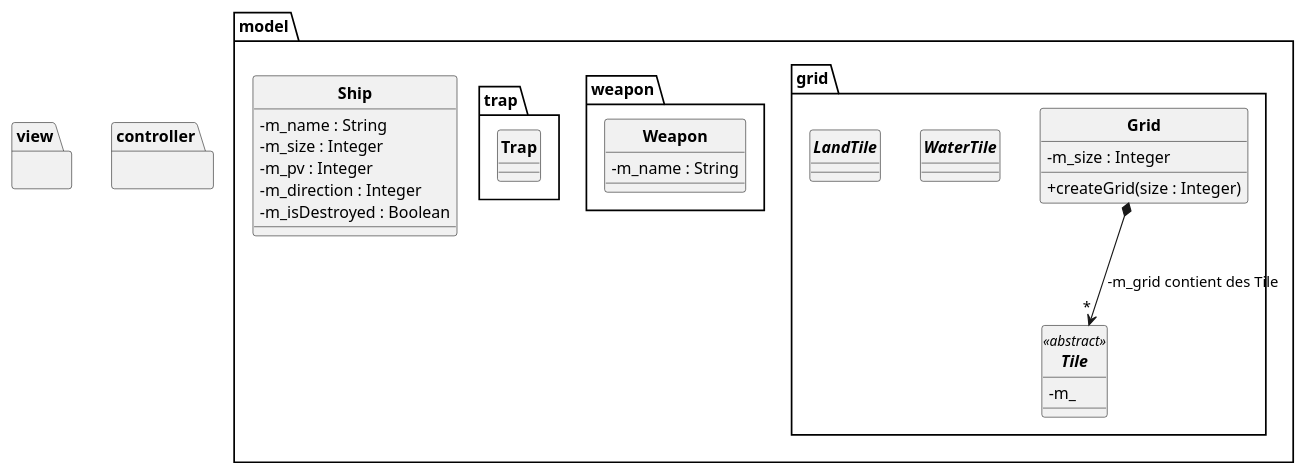
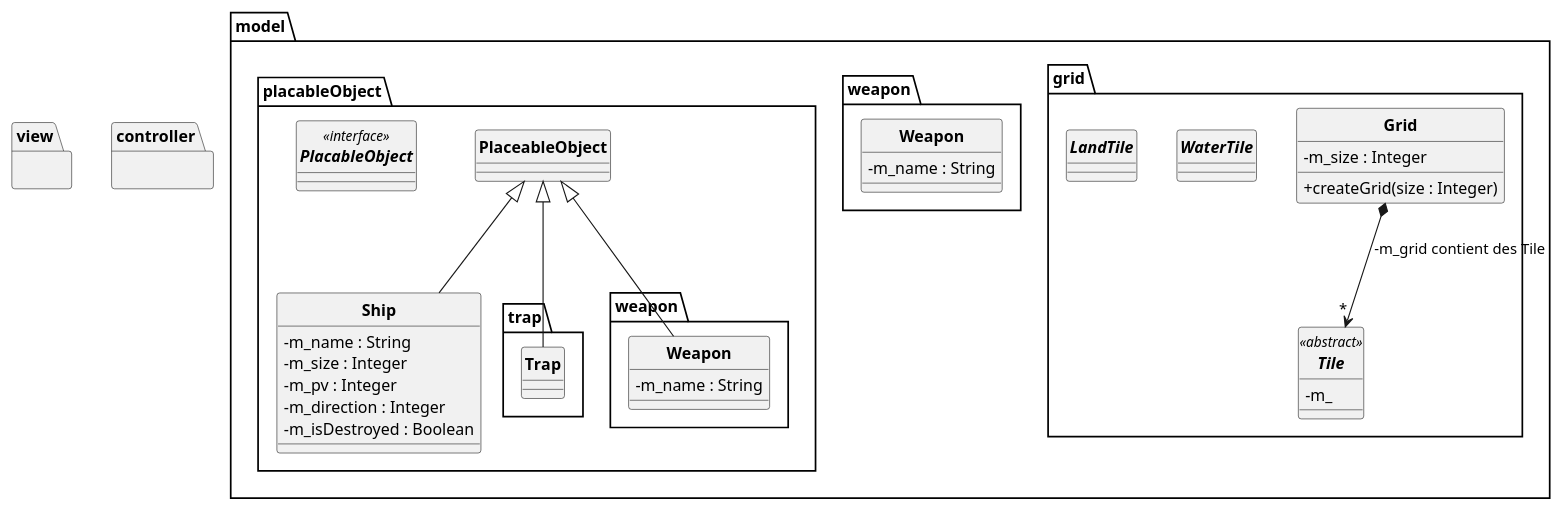
One commit to thomasbarseghian/Bataille-Navale changed the diagram in Battleship/uml/Battleship.puml. Above: the diagram before and after it, drawn with PlantUML.

Commit message:
avancement uml

```diff
--- a/Battleship/uml/Battleship.puml
+++ b/Battleship/uml/Battleship.puml
@@ -1,64 +1,83 @@
 @startuml
 skinparam style strictuml
 skinparam classAttributeIconSize 0
 skinparam classFontStyle bold
+
 
 package view {
 }
 
 package controller {
 }
 
 package model {
     package grid {
         class Grid {
             -m_size : Integer
             +createGrid(size : Integer)
         }
 
         class Tile {
         }
     }
 
-    class Ship {
-        -m_name : String
-        -m_size : Integer
-        -m_pv : Integer
-        -m_direction : Integer
-        -m_isDestroyed : Boolean
-    }
-
     package grid
+    {
+        abstract class Tile <<abstract>>
         {
-            abstract class Tile <<abstract>>
-            {
-                -m_
-            }
-            abstract class WaterTile
-            {
-
-            }
-            abstract class LandTile
-            {
-
-            }
+            -m_
+        }
+        abstract class WaterTile
+        {
 
         }
+        abstract class LandTile
+        {
+
+        }
+
+    }
+    package weapon
+    {
+        class Weapon
+        {
+            -m_name : String
+        }
+    }
+    package placableObject
+    {
+        interface PlacableObject <<interface>>
+        {
+
+        }
+        package trap
+        {
+            class Trap
+            {
+            }
+        }
+        class Ship {
+            -m_name : String
+            -m_size : Integer
+            -m_pv : Integer
+            -m_direction : Integer
+            -m_isDestroyed : Boolean
+        }
+
         package weapon
         {
             class Weapon
             {
                 -m_name : String
             }
         }
-        package trap
-        {
-            class Trap
-            {
-            }
-        }
+    }
 }
 
+
 model.grid.Grid *--> "*" model.grid.Tile : -m_grid contient des Tile
+Trap -up-|> model.placableObject.PlaceableObject
+Ship -up-|> model.placableObject.PlaceableObject
+model.placableObject.weapon.Weapon -up-|> model.placableObject.PlaceableObject
 
 @enduml
```
